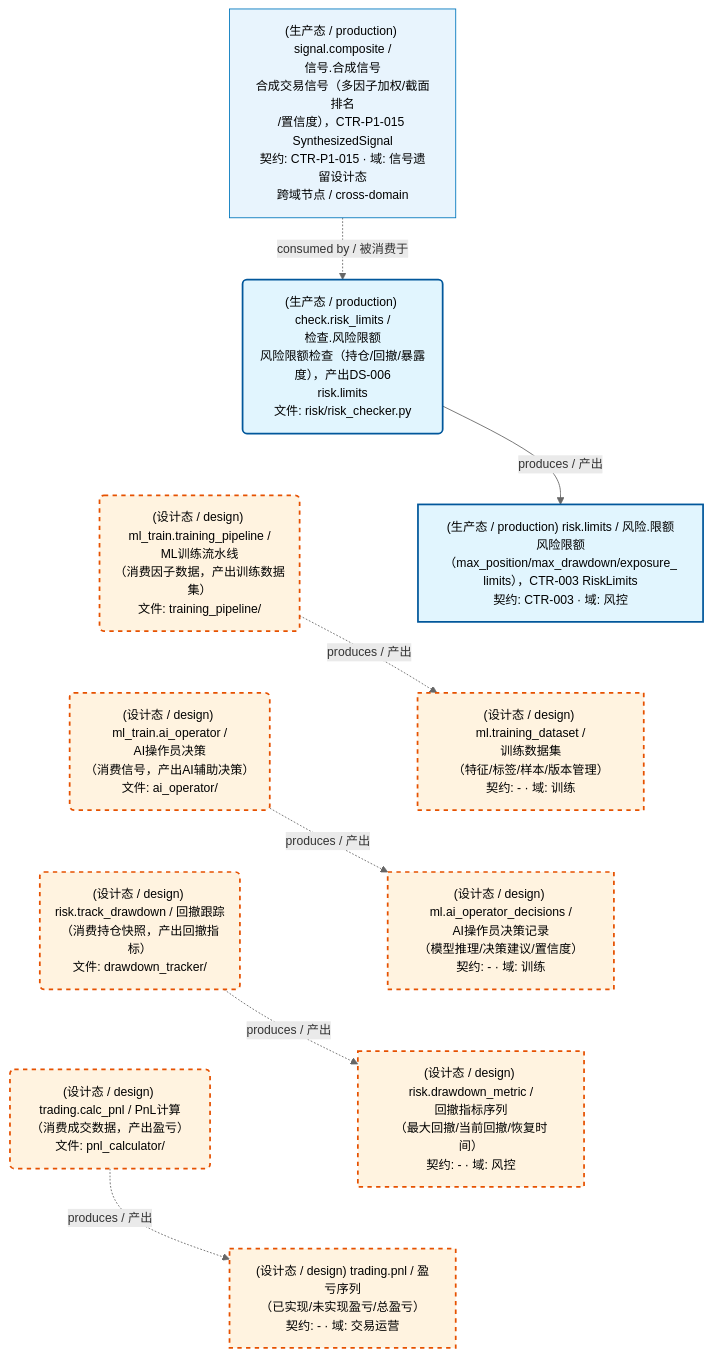
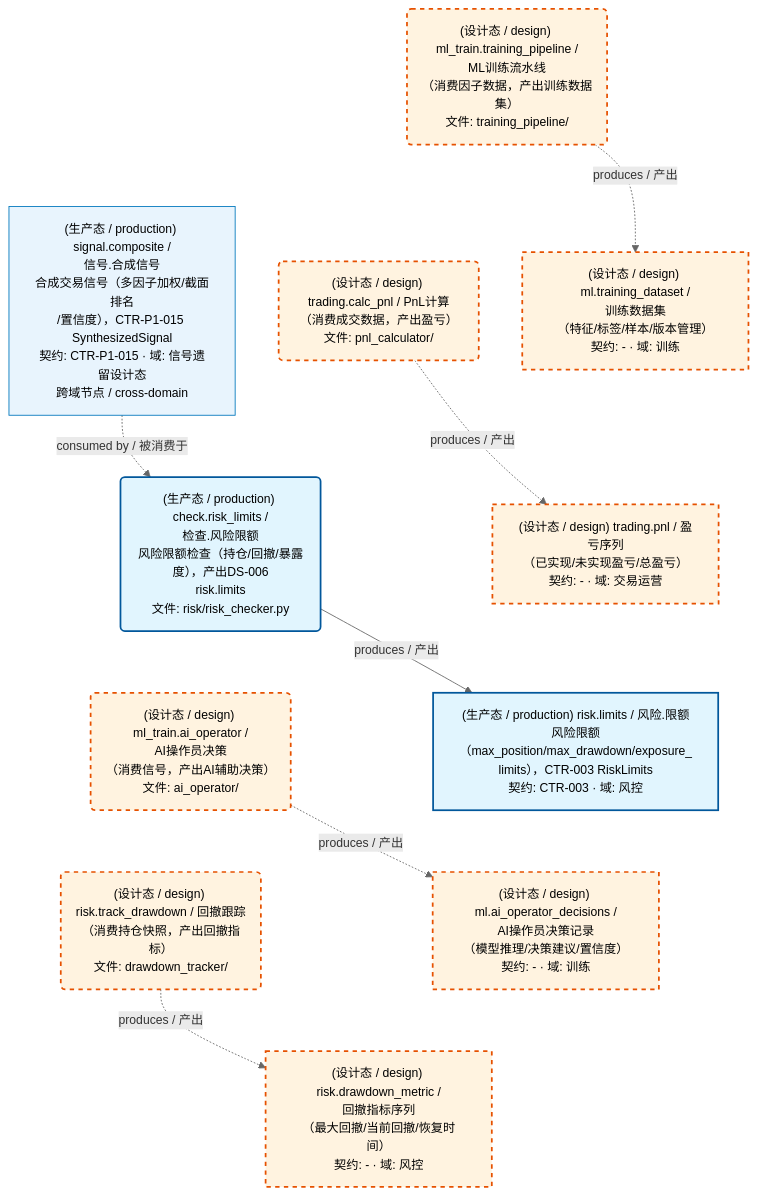
The first of 3 diagrams in docs/02_enterprise_architecture/05_dataflow_architecture/d_others.md (xuanFelixVan/ZephyrAlpha), drawn with Mermaid before and after one commit. The commit also changed other lines of this file and 173 other files, not shown here.

````diff
--- a/docs/02_enterprise_architecture/05_dataflow_architecture/d_others.md
+++ b/docs/02_enterprise_architecture/05_dataflow_architecture/d_others.md
@@ -50,36 +50,36 @@
 ```mermaid
 %%{init: {'theme': 'base', 'themeVariables': {'primaryColor': '#eaeaea', 'primaryTextColor': '#333333', 'primaryBorderColor': '#666666', 'lineColor': '#666666', 'secondaryColor': '#eaeaea', 'tertiaryColor': '#eaeaea', 'clusterBkg': 'transparent', 'clusterBorder': 'transparent', 'fontSize': '14px'}}}%%
 flowchart TD
     DS11271["(设计态 / design) ml.ai_operator_decisions /<br/>AI操作员决策记录<br/>（模型推理/决策建议/置信度）<br/>契约: - · 域: 训练"]
     DS11272["(设计态 / design) ml.training_dataset /<br/>训练数据集<br/>（特征/标签/样本/版本管理）<br/>契约: - · 域: 训练"]
     DS11273["(设计态 / design) risk.drawdown_metric /<br/>回撤指标序列<br/>（最大回撤/当前回撤/恢复时间）<br/>契约: - · 域: 风控"]
-    DS20856["(生产态 / production) risk.limits / 风险.限额<br/>风险限额（max_position/max_drawdown/exposure_<br/>limits），CTR-003 RiskLimits<br/>契约: CTR-003 · 域: 风控"]
+    DS22756["(生产态 / production) risk.limits / 风险.限额<br/>风险限额（max_position/max_drawdown/exposure_<br/>limits），CTR-003 RiskLimits<br/>契约: CTR-003 · 域: 风控"]
     DS11274["(设计态 / design) trading.pnl / 盈亏序列<br/>（已实现/未实现盈亏/总盈亏）<br/>契约: - · 域: 交易运营"]
-    JOB969545("(生产态 / production) check.risk_limits /<br/>检查.风险限额<br/>风险限额检查（持仓/回撤/暴露度），产出DS-006<br/>risk.limits<br/>文件: risk/risk_checker.py")
+    JOB1023259("(生产态 / production) check.risk_limits /<br/>检查.风险限额<br/>风险限额检查（持仓/回撤/暴露度），产出DS-006<br/>risk.limits<br/>文件: risk/risk_checker.py")
     JOB757635("(设计态 / design) ml_train.ai_operator /<br/>AI操作员决策<br/>（消费信号，产出AI辅助决策）<br/>文件: ai_operator/")
     JOB757636("(设计态 / design) ml_train.training_pipeline /<br/>ML训练流水线<br/>（消费因子数据，产出训练数据集）<br/>文件: training_pipeline/")
     JOB757637("(设计态 / design) risk.track_drawdown / 回撤跟踪<br/>（消费持仓快照，产出回撤指标）<br/>文件: drawdown_tracker/")
     JOB757638("(设计态 / design) trading.calc_pnl / PnL计算<br/>（消费成交数据，产出盈亏）<br/>文件: pnl_calculator/")
-    DS20855["(生产态 / production) signal.composite /<br/>信号.合成信号<br/>合成交易信号（多因子加权/截面排名<br/>/置信度），CTR-P1-015 SynthesizedSignal<br/>契约: CTR-P1-015 · 域: 信号遗留设计态<br/>跨域节点 / cross-domain"]
-    JOB969545 -->|produces / 产出| DS20856
+    DS22755["(生产态 / production) signal.composite /<br/>信号.合成信号<br/>合成交易信号（多因子加权/截面排名<br/>/置信度），CTR-P1-015 SynthesizedSignal<br/>契约: CTR-P1-015 · 域: 信号遗留设计态<br/>跨域节点 / cross-domain"]
     JOB757635 -.->|produces / 产出| DS11271
     JOB757636 -.->|produces / 产出| DS11272
     JOB757637 -.->|produces / 产出| DS11273
-    DS20855 -.->|consumed by / 被消费于| JOB969545
     JOB757638 -.->|produces / 产出| DS11274
-    JOB969545 ~~~ JOB757636
-    JOB757636 ~~~ JOB757635
+    JOB1023259 -->|produces / 产出| DS22756
+    DS22755 -.->|consumed by / 被消费于| JOB1023259
+    JOB757636 ~~~ JOB757638
+    JOB757638 ~~~ JOB1023259
+    JOB1023259 ~~~ JOB757635
     JOB757635 ~~~ JOB757637
-    JOB757637 ~~~ JOB757638
-    DS20856 ~~~ DS11272
-    DS11272 ~~~ DS11271
+    DS11272 ~~~ DS11274
+    DS11274 ~~~ DS22756
+    DS22756 ~~~ DS11271
     DS11271 ~~~ DS11273
-    DS11273 ~~~ DS11274
     classDef production fill:#e1f5fe,stroke:#01579b,stroke-width:2px,color:#000
     classDef design fill:#fff3e0,stroke:#e65100,stroke-width:2px,color:#000,stroke-dasharray: 5 5
     classDef external_prod fill:#e8f4fd,stroke:#0277bd,stroke-width:1px,color:#000
     classDef external_design fill:#fff8e7,stroke:#ef6c00,stroke-width:1px,color:#000,stroke-dasharray: 5 5
-    class DS20856,JOB969545 production
+    class DS22756,JOB1023259 production
     class DS11271,DS11272,DS11273,DS11274,JOB757635,JOB757636,JOB757637,JOB757638 design
-    class DS20855 external_prod
+    class DS22755 external_prod
 ```
````
